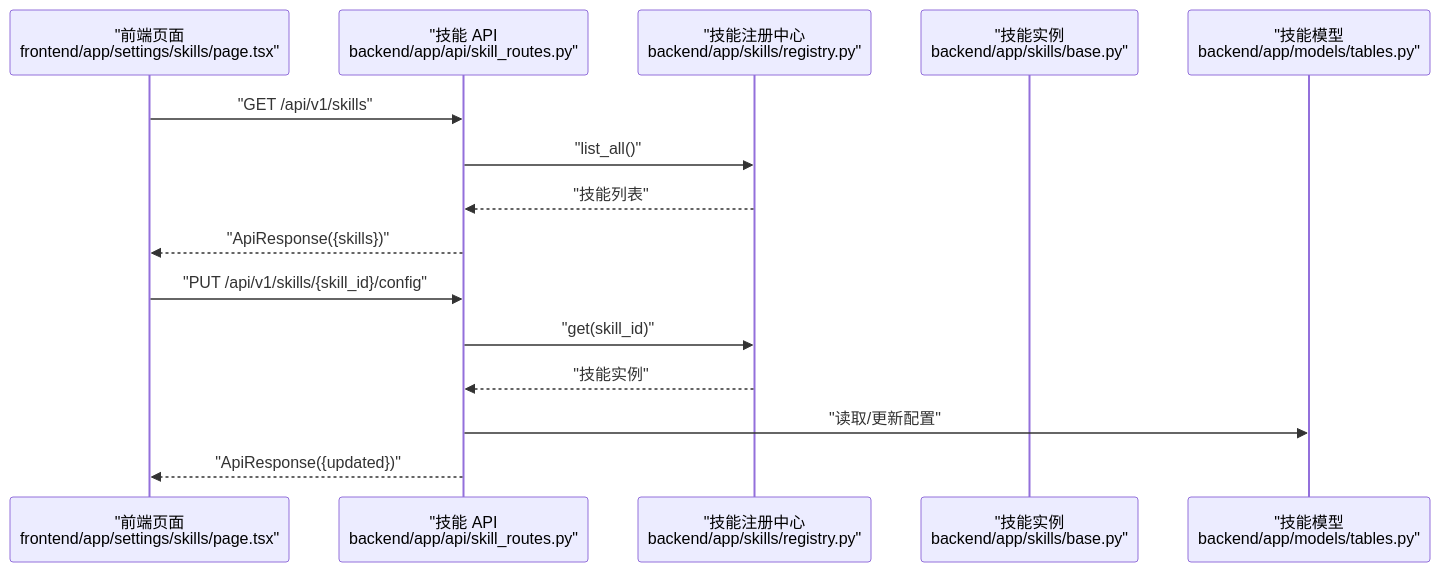
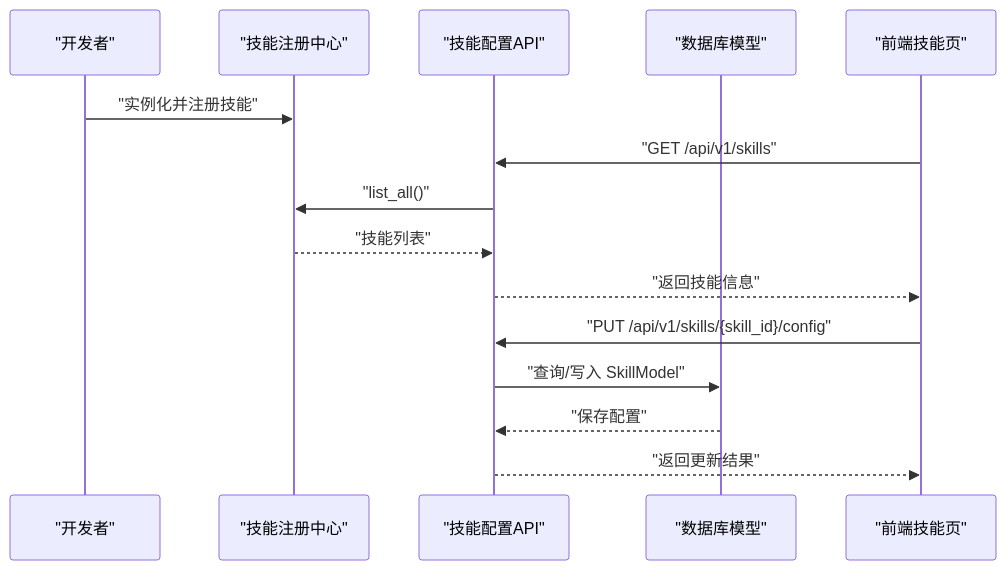
One commit to sansansansansan2022-web/hotclaw changed the second of 9 diagrams in .qoder/repowiki/zh/content/技能系统/技能开发指南.md. Above: the diagram before and after it, drawn with Mermaid. The commit also changed other lines of this file and 288 other files, not shown here.

````diff
--- a/.qoder/repowiki/zh/content/技能系统/技能开发指南.md
+++ b/.qoder/repowiki/zh/content/技能系统/技能开发指南.md
@@ -108,17 +103,17 @@
 ```mermaid
 sequenceDiagram
-participant FE as "前端页面<br/>frontend/app/settings/skills/page.tsx"
-participant API as "技能 API<br/>backend/app/api/skill_routes.py"
-participant REG as "技能注册中心<br/>backend/app/skills/registry.py"
-participant SKL as "技能实例<br/>backend/app/skills/base.py"
-participant DB as "技能模型<br/>backend/app/models/tables.py"
+participant Dev as "开发者"
+participant Reg as "技能注册中心"
+participant API as "技能配置API"
+participant DB as "数据库模型"
+participant FE as "前端技能页"
+Dev->>Reg : "实例化并注册技能"
 FE->>API : "GET /api/v1/skills"
-API->>REG : "list_all()"
-REG-->>API : "技能列表"
-API-->>FE : "ApiResponse({skills})"
+API->>Reg : "list_all()"
+Reg-->>API : "技能列表"
+API-->>FE : "返回技能信息"
 FE->>API : "PUT /api/v1/skills/{skill_id}/config"
-API->>REG : "get(skill_id)"
-REG-->>API : "技能实例"
-API->>DB : "读取/更新配置"
-API-->>FE : "ApiResponse({updated})"
+API->>DB : "查询/写入 SkillModel"
+DB-->>API : "保存配置"
+API-->>FE : "返回更新结果"
 ```
````
